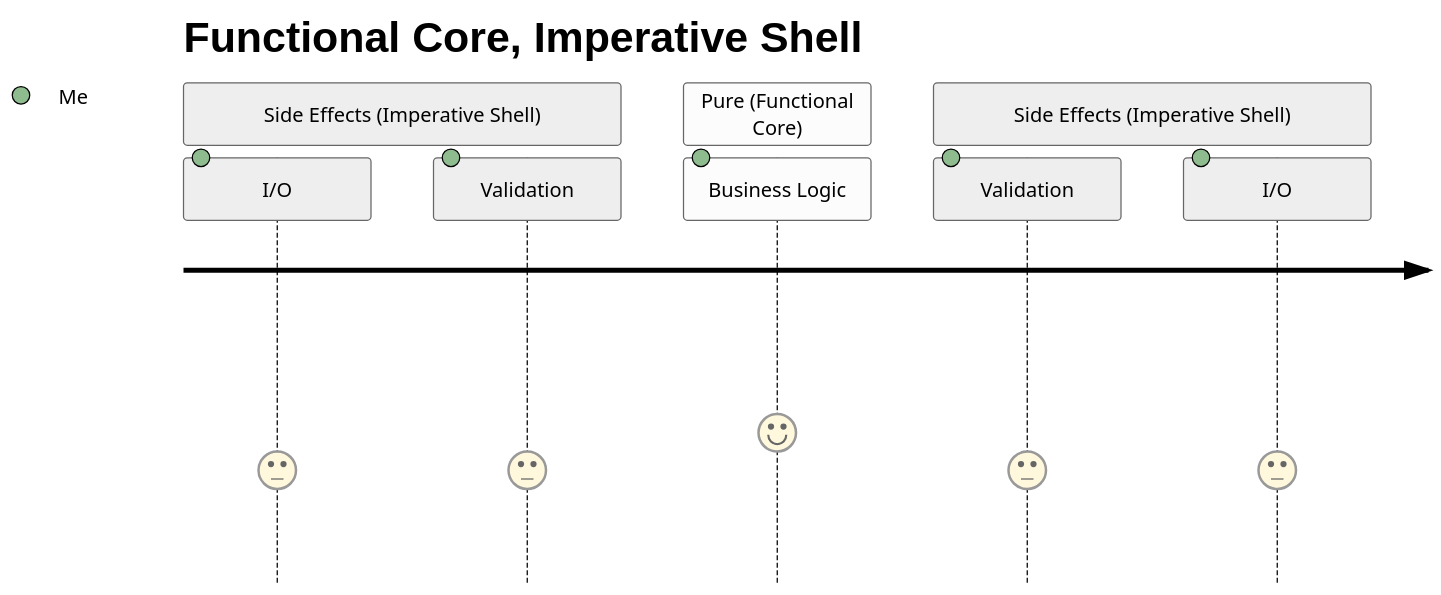
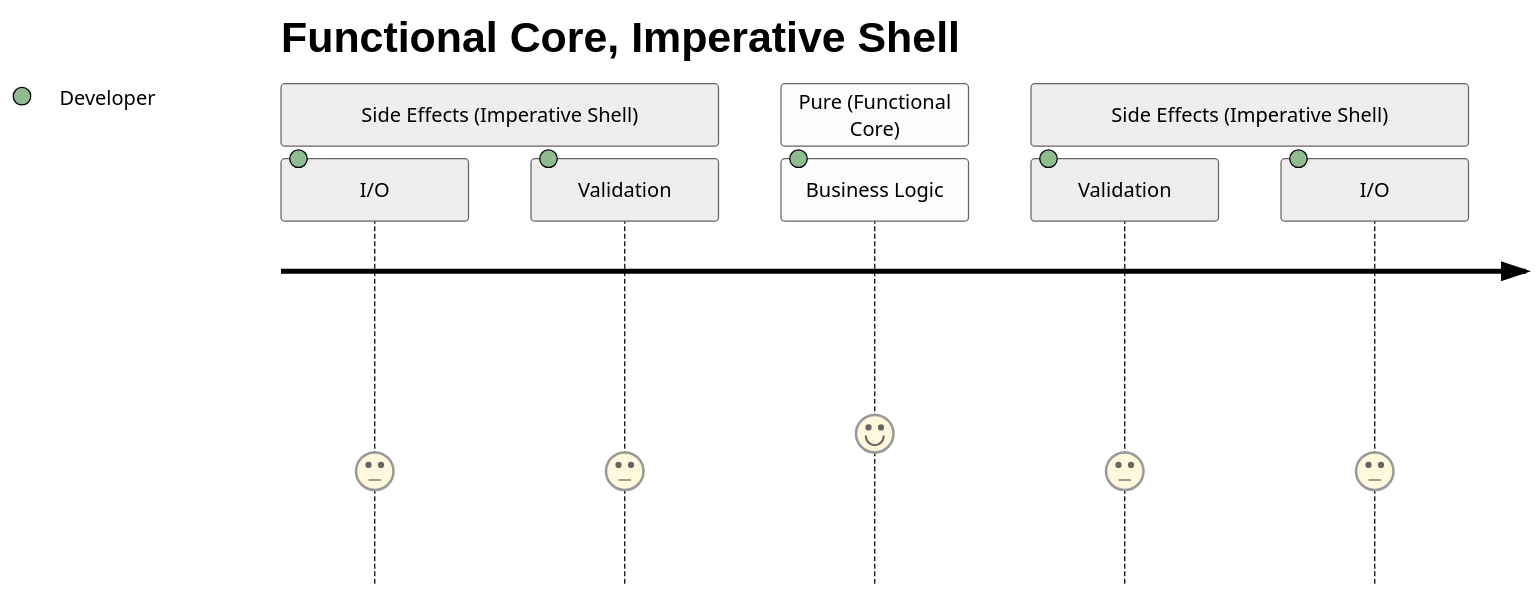
One commit to serverhorror/brain changed the second of 2 diagrams in notes/misc.scratch.md. Above: the diagram before and after it, drawn with Mermaid (neutral theme). The commit also changed other lines of this file, not shown here.

Commit message:
May 4, 2024, 12:19 PM

````diff
--- a/notes/misc.scratch.md
+++ b/notes/misc.scratch.md
@@ -22,13 +22,13 @@
 ```mermaid
 journey
     title Functional Core, Imperative Shell
     section Side Effects (Imperative Shell)
-      I/O: 3: Me
-      Validation: 3: Me
+      I/O: 3: Developer
+      Validation: 3: Developer
     section Pure (Functional Core)
-      Business Logic: 4: Me
+      Business Logic: 4: Developer
     section Side Effects (Imperative Shell)
-      Validation: 3: Me
-      I/O: 3: Me
+      Validation: 3: Developer
+      I/O: 3: Developer
 
 ```
````
